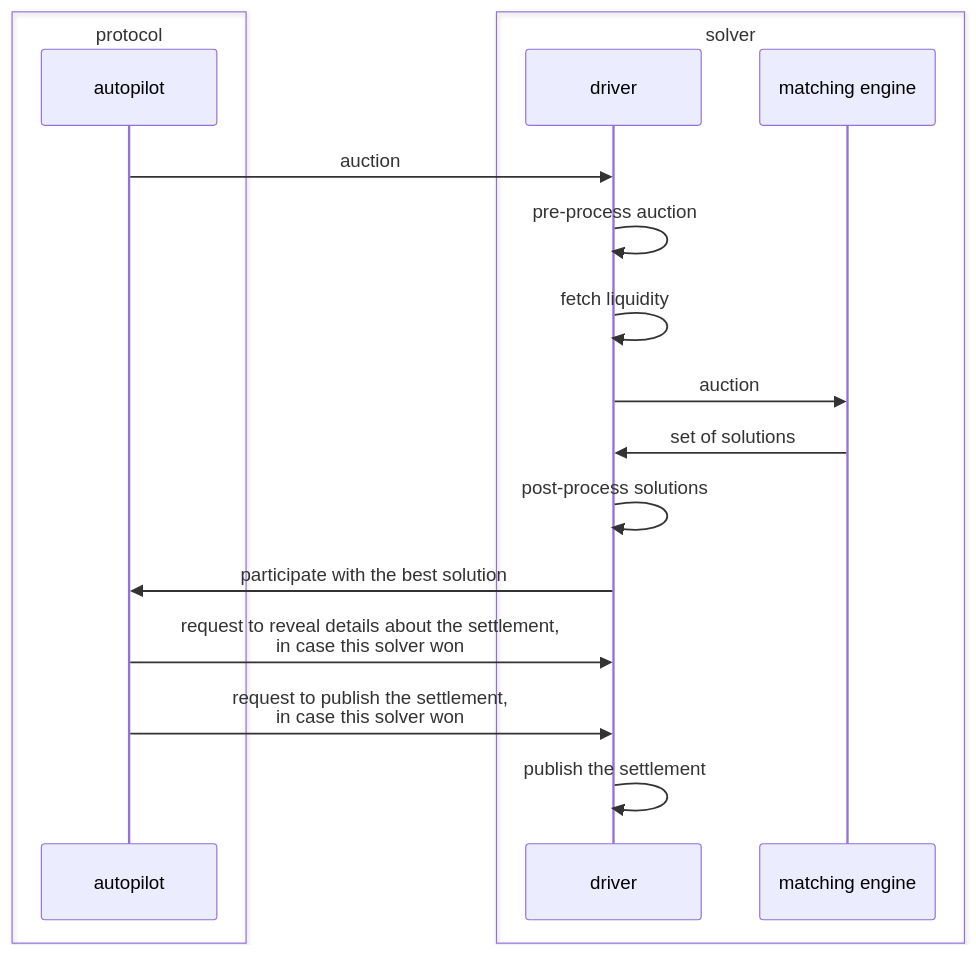
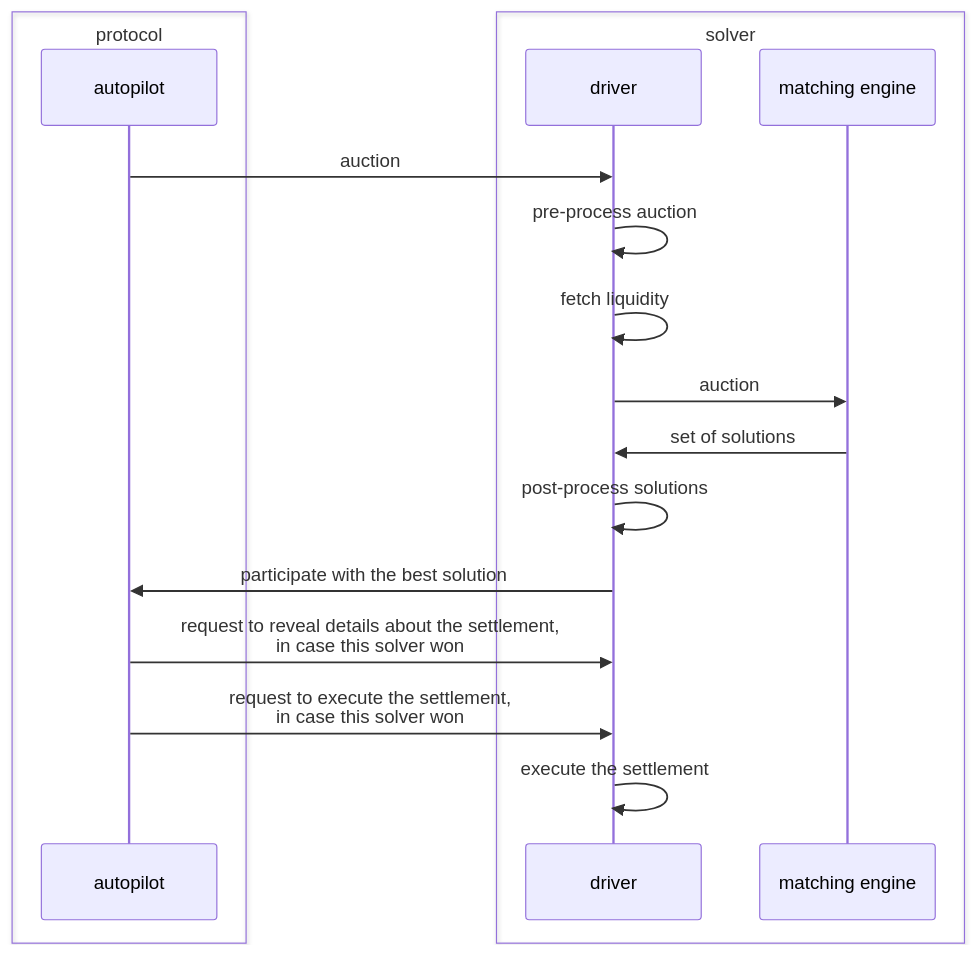
The diagram in docs/cow-protocol/tutorials/arbitrate/driver.md (cowprotocol/docs), drawn with Mermaid before and after one commit.

Commit message:
Replace `publish -> execute`

````diff
--- a/docs/cow-protocol/tutorials/arbitrate/driver.md
+++ b/docs/cow-protocol/tutorials/arbitrate/driver.md
@@ -21,20 +21,20 @@
 ```mermaid
 sequenceDiagram
     box protocol
         participant autopilot
     end
     box solver
         participant driver
         participant matching engine
     end
     autopilot->>driver: auction
     driver->>driver: pre-process auction
     driver->>driver: fetch liquidity
     driver->>matching engine: auction
     matching engine->>driver: set of solutions
     driver->>driver: post-process solutions
     driver->>autopilot: participate with the best solution
     autopilot->>driver: request to reveal details about the settlement,<br>in case this solver won
-    autopilot->>driver: request to publish the settlement,<br>in case this solver won
-    driver->>driver: publish the settlement
+    autopilot->>driver: request to execute the settlement,<br>in case this solver won
+    driver->>driver: execute the settlement
 ```
````
